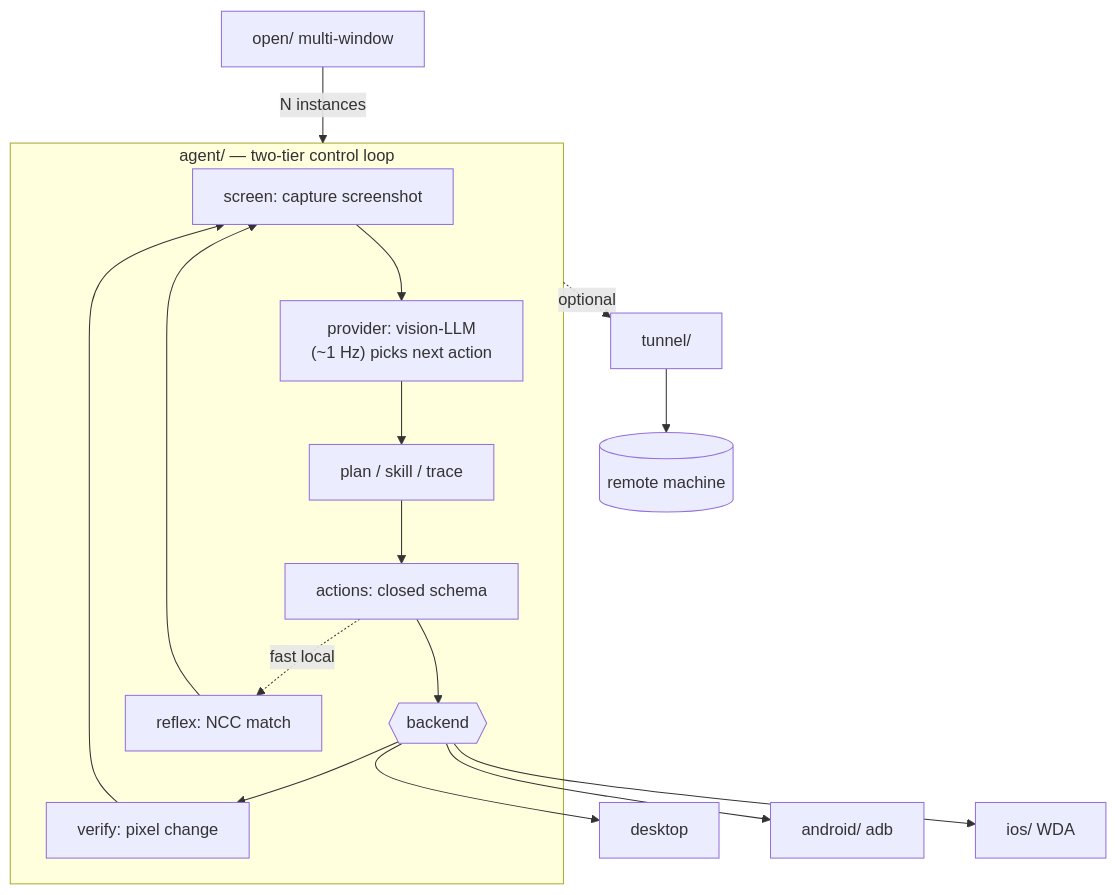
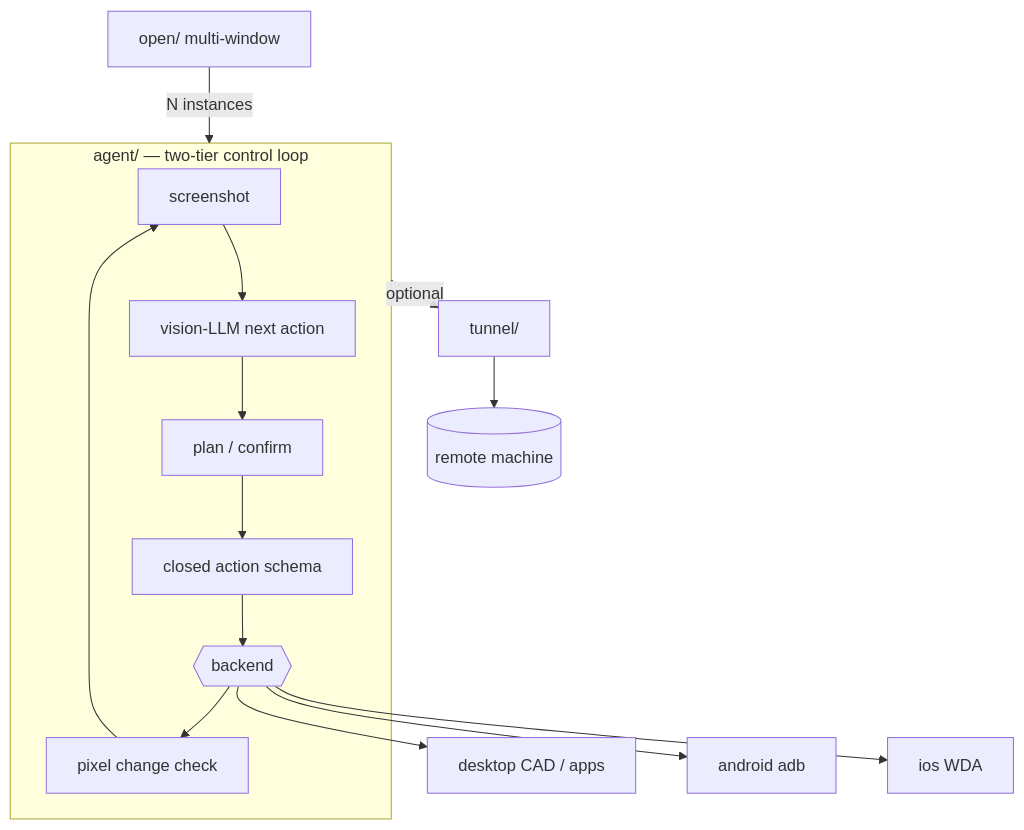
The diagram in README.md (Larrydev-cpp/secdogie), drawn with Mermaid before and after one commit. The commit also changed other lines of this file and 2 other files, not shown here.

First line of the commit message:
docs+ux: reframe around CAD viewing/editing; demote game stack

````diff
--- a/README.md
+++ b/README.md
@@ -93,20 +113,16 @@
 ```mermaid
 flowchart TB
     subgraph core["agent/ — two-tier control loop"]
-        cap["screen: capture screenshot"] --> prov["provider: vision-LLM<br/>(~1 Hz) picks next action"]
-        prov --> plan["plan / skill / trace"]
-        plan --> act["actions: closed schema"]
+        cap["screenshot"] --> prov["vision-LLM next action"]
+        prov --> plan["plan / confirm"]
+        plan --> act["closed action schema"]
         act --> backend{{backend}}
-        backend --> verify["verify: pixel change"]
+        backend --> verify["pixel change check"]
         verify --> cap
-        act -. fast local .-> reflex["reflex: NCC match"]
-        reflex --> cap
     end
-
-    backend --> desktop["desktop"]
-    backend --> android["android/ adb"]
-    backend --> ios["ios/ WDA"]
-
+    backend --> desktop["desktop CAD / apps"]
+    backend --> android["android adb"]
+    backend --> ios["ios WDA"]
     open["open/ multi-window"] -->|N instances| core
     core -. optional .-> tunnel["tunnel/"] --> remote[(remote machine)]
 ```
````
